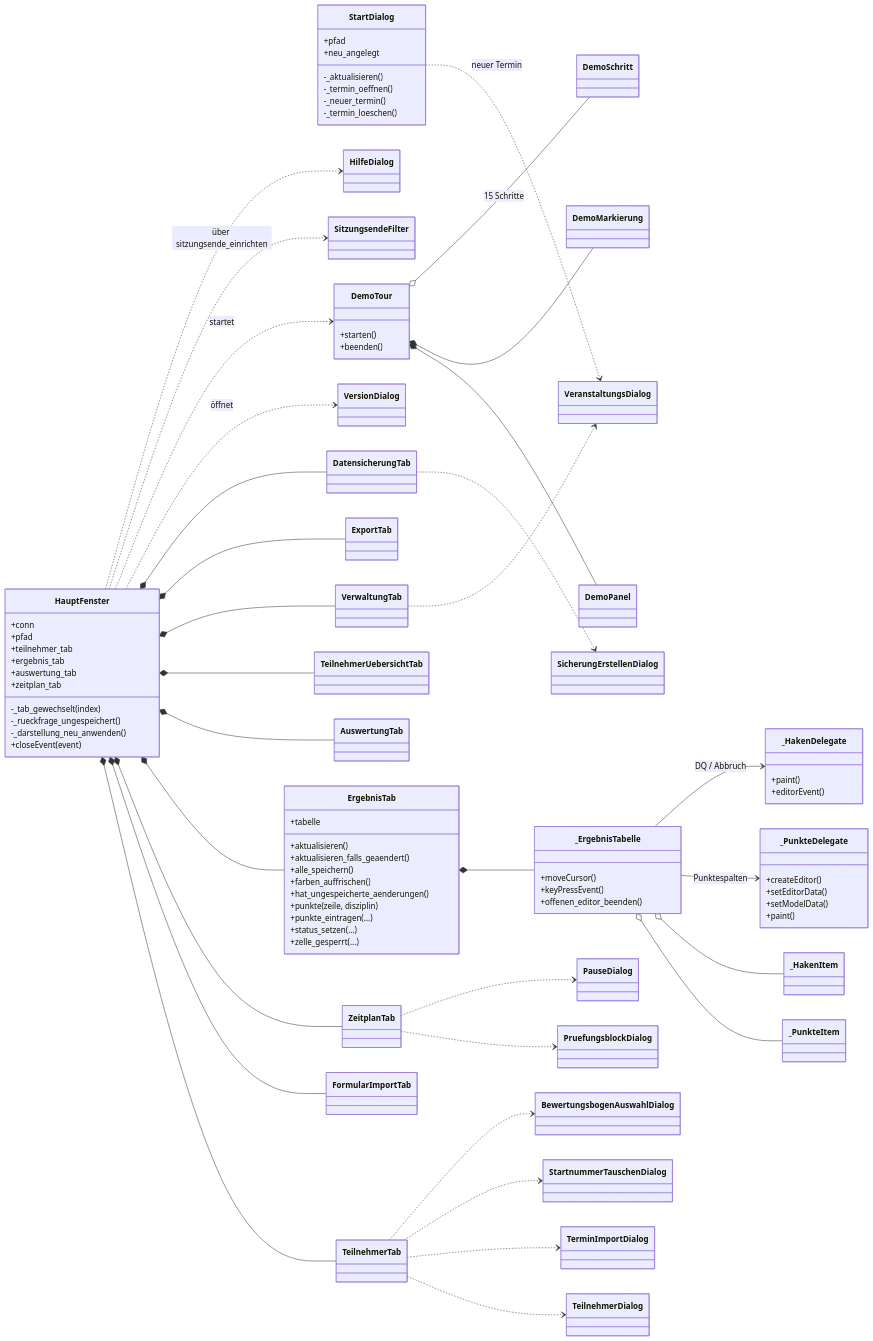
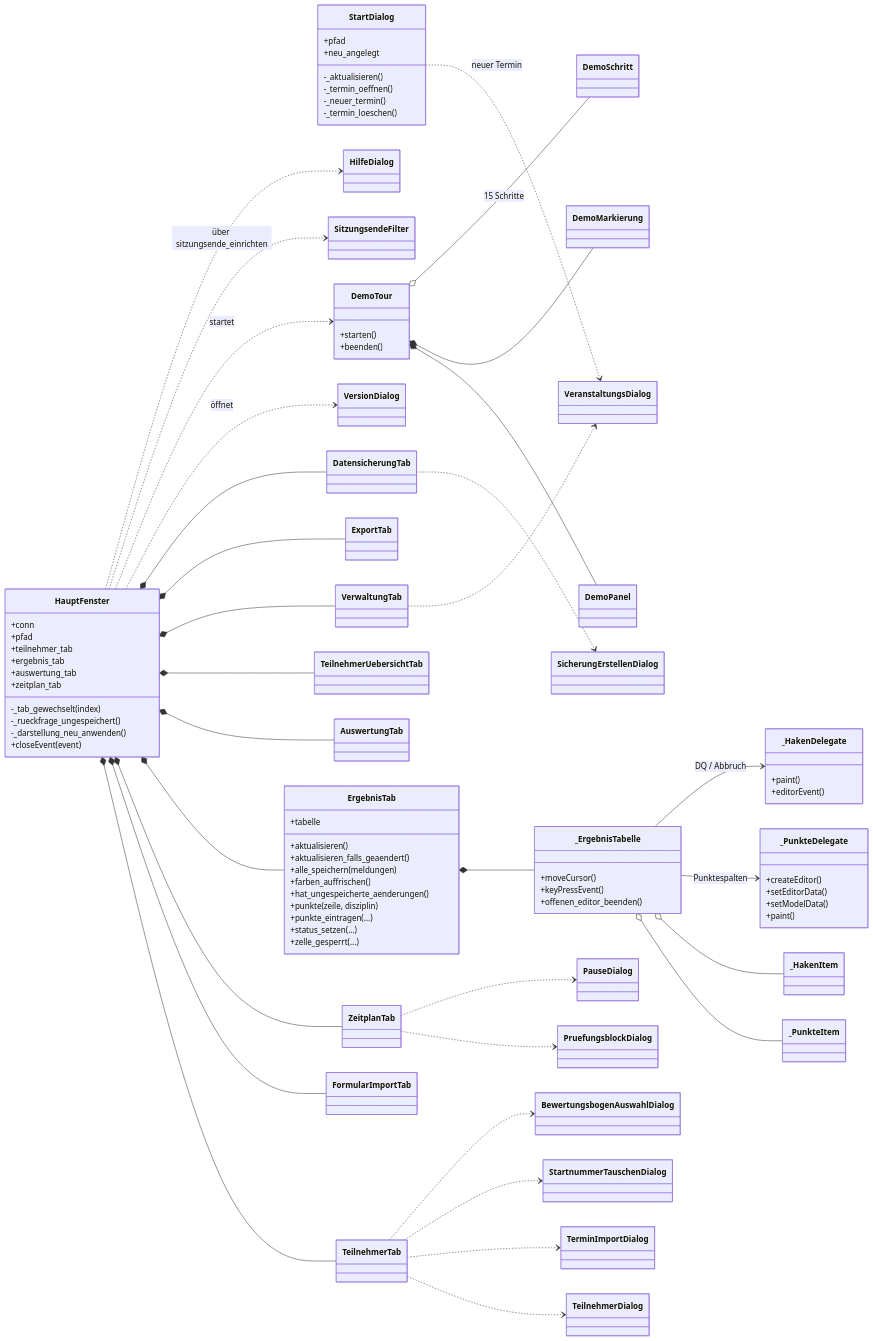
One commit to mbruver-source/SHS changed the second of 13 diagrams in UML.md. Above: the diagram before and after it, drawn with Mermaid. The commit also changed other lines of this file and 3 other files, not shown here.

```diff
--- a/UML.md
+++ b/UML.md
@@ -113,7 +113,7 @@
         +tabelle
         +aktualisieren()
         +aktualisieren_falls_geaendert()
-        +alle_speichern()
+        +alle_speichern(meldungen)
         +farben_auffrischen()
         +hat_ungespeicherte_aenderungen()
         +punkte(zeile, disziplin)
```
